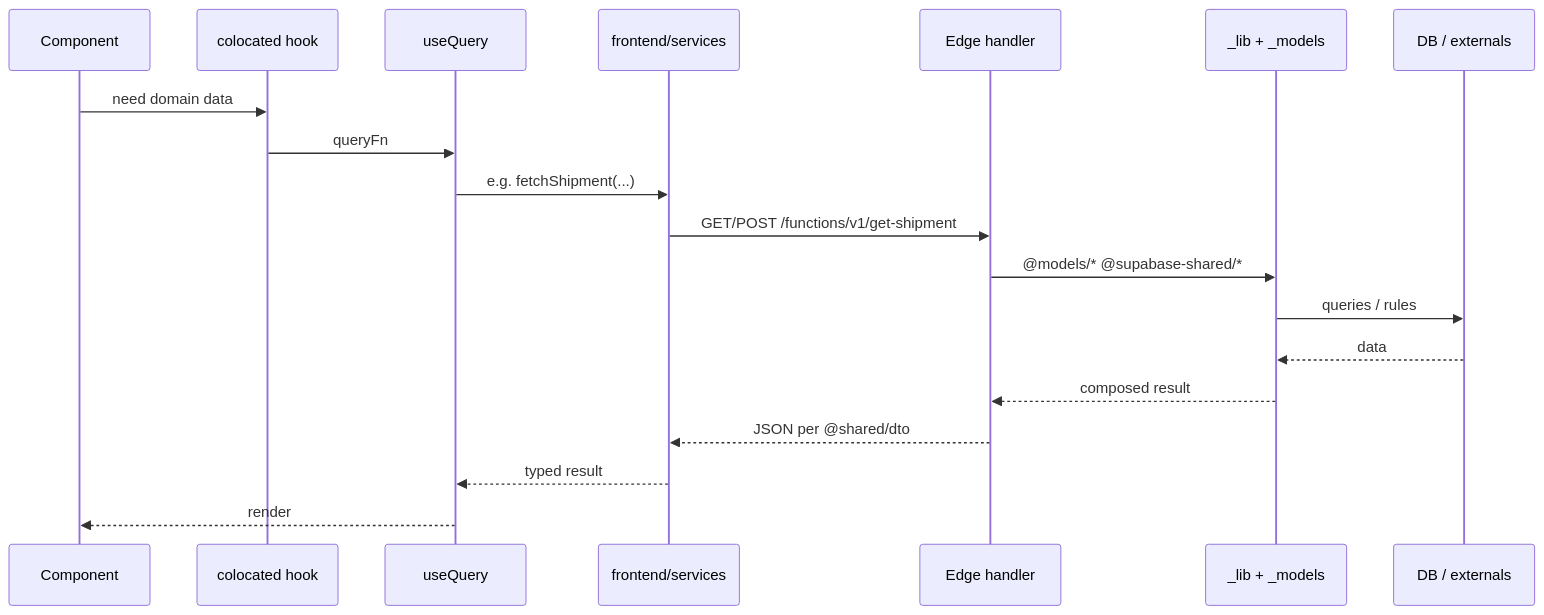
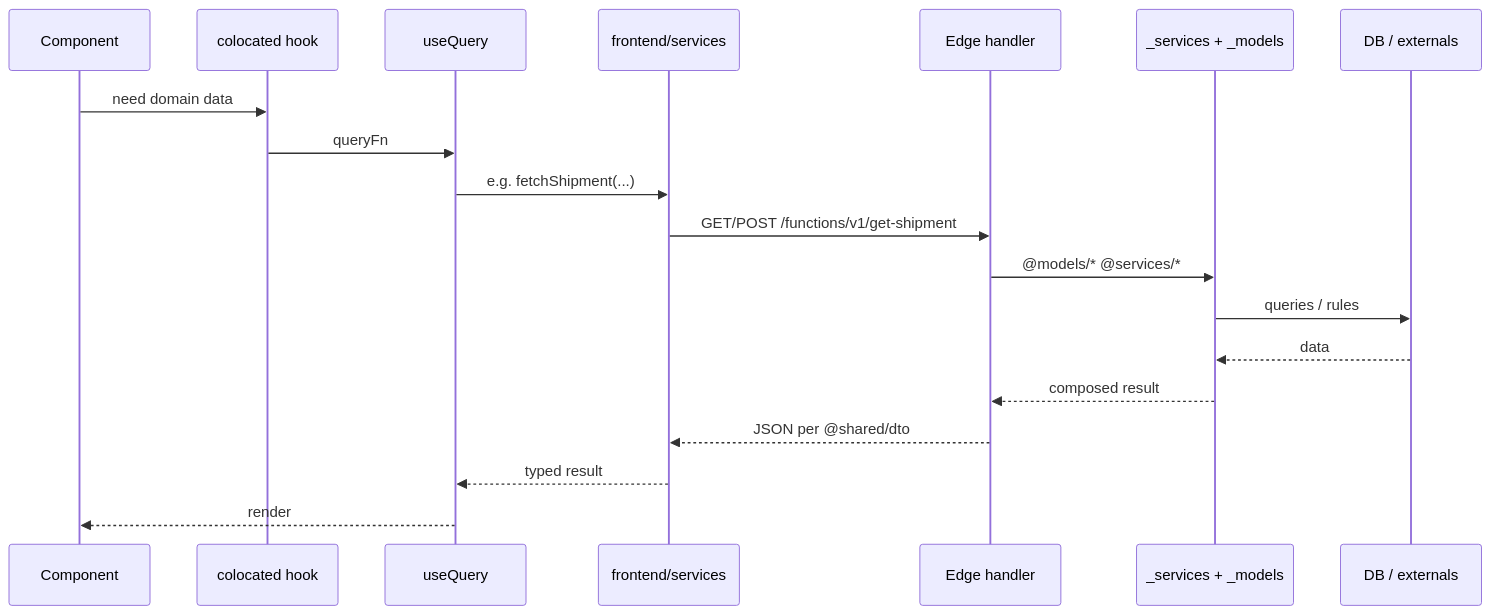
Before and after one commit to lcorbitt/containerly-app: the third of 4 diagrams in docs/architecture-frontend-backend.md, drawn with Mermaid. The commit also changed other lines of this file and 390 other files, not shown here.

Commit message:
Architecture improvements

````diff
--- a/docs/architecture-frontend-backend.md
+++ b/docs/architecture-frontend-backend.md
@@ -244,22 +290,22 @@
 ```mermaid
 sequenceDiagram
   participant Comp as Component
   participant Hook as colocated hook
   participant Q as useQuery
   participant FS as frontend/services
   participant Edge as Edge handler
-  participant Lib as _lib + _models
+  participant Services as _services + _models
   participant DB as DB / externals
 
   Comp->>Hook: need domain data
   Hook->>Q: queryFn
   Q->>FS: e.g. fetchShipment(...)
   FS->>Edge: GET/POST /functions/v1/get-shipment
-  Edge->>Lib: @models/* @supabase-shared/*
-  Lib->>DB: queries / rules
-  DB-->>Lib: data
-  Lib-->>Edge: composed result
+  Edge->>Services: @models/* @services/*
+  Services->>DB: queries / rules
+  DB-->>Services: data
+  Services-->>Edge: composed result
   Edge-->>FS: JSON per @shared/dto
   FS-->>Q: typed result
   Q-->>Comp: render
 ```
````
